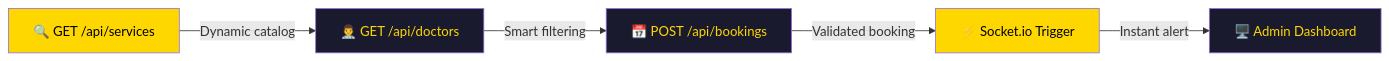
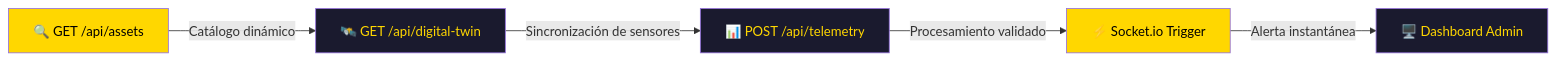
Before and after one commit to NietoDeveloper/SoftwareDT: the diagram in Back-SoftwareDT/README.md, drawn with Mermaid. The commit also changed other lines of this file, not shown here.

````diff
--- a/Back-SoftwareDT/README.md
+++ b/Back-SoftwareDT/README.md
@@ -77,13 +77,13 @@
 ```mermaid
 flowchart LR
-    A[🔍 GET /api/services] -->|Dynamic catalog| B[👨‍⚕️ GET /api/doctors]
-    B -->|Smart filtering| C[📅 POST /api/bookings]
-    C -->|Validated booking| D[⚡ Socket.io Trigger]
-    D -->|Instant alert| E[🖥️ Admin Dashboard]
+    A[🔍 GET /api/assets] -->|Catálogo dinámico| B[🛰️ GET /api/digital-twin]
+    B -->|Sincronización de sensores| C[📊 POST /api/telemetry]
+    C -->|Procesamiento validado| D[⚡ Socket.io Trigger]
+    D -->|Alerta instantánea| E[🖥️ Dashboard Admin]
 
     style A fill:#FFD700,color:#000
     style B fill:#1a1a2e,color:#FFD700
     style C fill:#1a1a2e,color:#FFD700
     style D fill:#FFD700,color:#000
     style E fill:#1a1a2e,color:#FFD700
 ```
````
